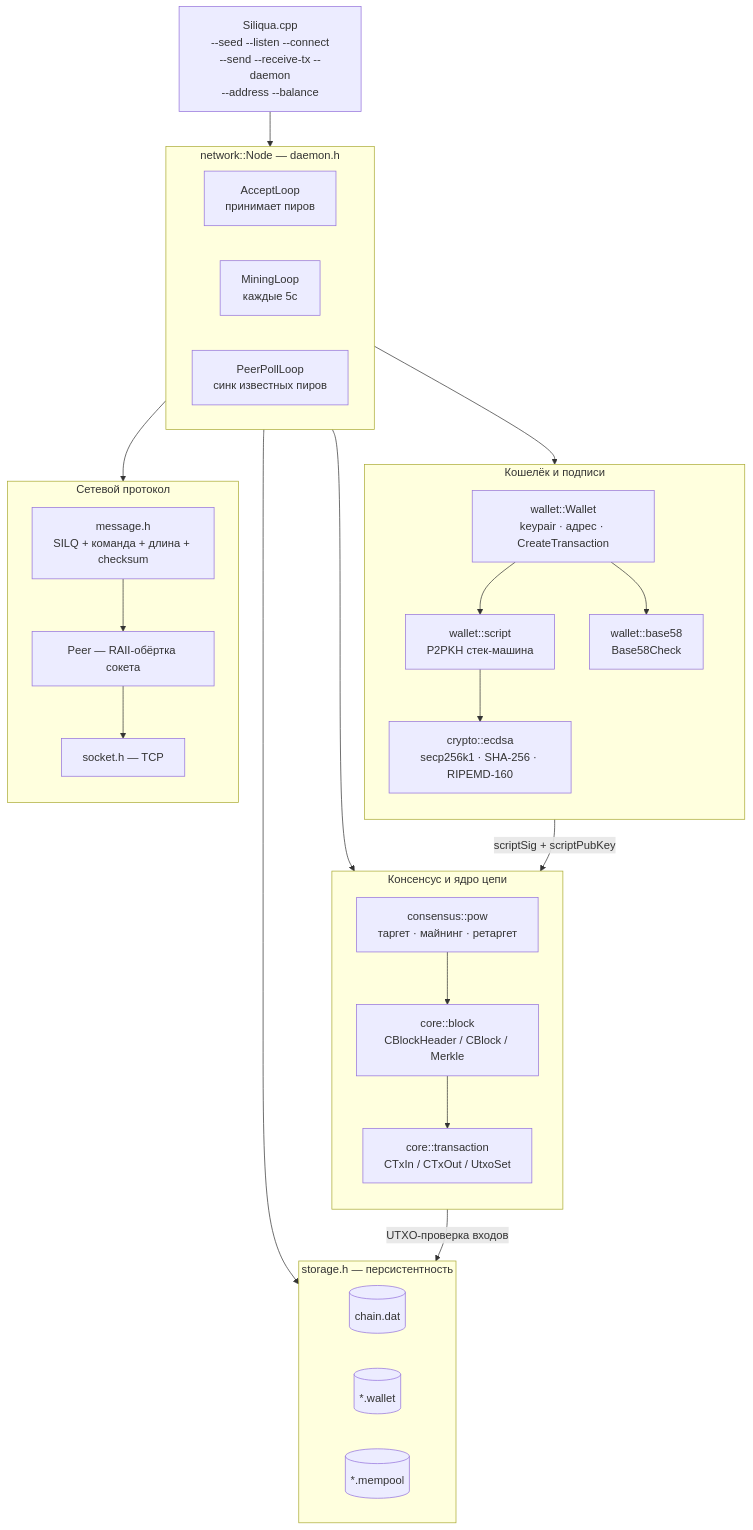
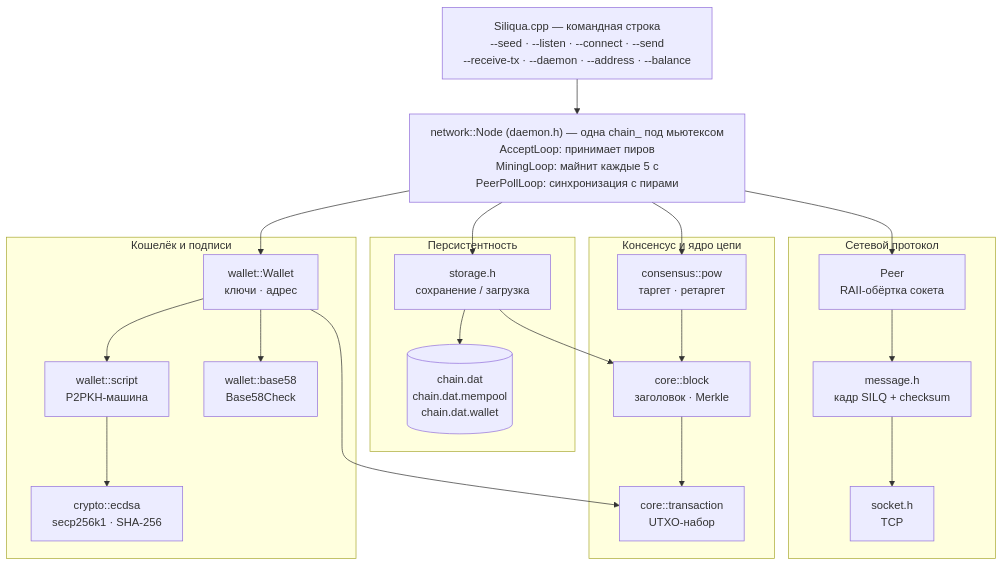
One commit to crypt0xCode/Siliqua changed the first of 2 diagrams in Siliqua/docs/ARCHITECTURE.ru.md. Above: the diagram before and after it, drawn with Mermaid. The commit also changed other lines of this file and 9 other files, not shown here.

First line of the commit message:
Added new blockchain features and edit schemes and diagrams, fixed .gitignore file.

````diff
--- a/Siliqua/docs/ARCHITECTURE.ru.md
+++ b/Siliqua/docs/ARCHITECTURE.ru.md
@@ -129,50 +133,43 @@
 ```mermaid
+%%{init: {"flowchart": {"wrappingWidth": 460}}}%%
 flowchart TB
-  CLI["Siliqua.cpp<br/>--seed --listen --connect<br/>--send --receive-tx --daemon<br/>--address --balance"]
-  CLI --> NODE
+  CLI["Siliqua.cpp — командная строка<br/>--seed · --listen · --connect · --send<br/>--receive-tx · --daemon · --address · --balance"]
+  NODE["network::Node (daemon.h) — одна chain_ под мьютексом<br/>AcceptLoop: принимает пиров<br/>MiningLoop: майнит каждые 5 с<br/>PeerPollLoop: синхронизация с пирами"]
 
-  subgraph NODE["network::Node — daemon.h"]
-    direction LR
-    ACC["AcceptLoop<br/>принимает пиров"]
-    MINE["MiningLoop<br/>каждые 5с"]
-    POLL["PeerPollLoop<br/>синк известных пиров"]
+  subgraph NET["Сетевой протокол"]
+    PEER["Peer<br/>RAII-обёртка сокета"]
+    MSG["message.h<br/>кадр SILQ + checksum"]
+    SOCK["socket.h<br/>TCP"]
+    PEER --> MSG --> SOCK
   end
 
-  NODE --> CONS & WAL & NET & STORE
+  subgraph STORE["Персистентность"]
+    ST["storage.h<br/>сохранение / загрузка"]
+    FILES[("chain.dat<br/>chain.dat.mempool<br/>chain.dat.wallet")]
+    ST --> FILES
+  end
 
   subgraph CONS["Консенсус и ядро цепи"]
-    direction TB
-    POW["consensus::pow<br/>таргет · майнинг · ретаргет"]
-    BLK["core::block<br/>CBlockHeader / CBlock / Merkle"]
-    TX["core::transaction<br/>CTxIn / CTxOut / UtxoSet"]
+    POW["consensus::pow<br/>таргет · ретаргет"]
+    BLK["core::block<br/>заголовок · Merkle"]
+    TX["core::transaction<br/>UTXO-набор"]
     POW --> BLK --> TX
   end
 
   subgraph WAL["Кошелёк и подписи"]
-    direction TB
-    W["wallet::Wallet<br/>keypair · адрес · CreateTransaction"]
-    SCR["wallet::script<br/>P2PKH стек-машина"]
+    W["wallet::Wallet<br/>ключи · адрес"]
+    SCR["wallet::script<br/>P2PKH-машина"]
     B58["wallet::base58<br/>Base58Check"]
-    ECD["crypto::ecdsa<br/>secp256k1 · SHA-256 · RIPEMD-160"]
+    ECD["crypto::ecdsa<br/>secp256k1 · SHA-256"]
     W --> SCR --> ECD
     W --> B58
   end
 
-  subgraph NET["Сетевой протокол"]
-    direction TB
-    MSG["message.h<br/>SILQ + команда + длина + checksum"]
-    PEER["Peer — RAII-обёртка сокета"]
-    SOCK["socket.h — TCP"]
-    MSG --> PEER --> SOCK
-  end
-
-  subgraph STORE["storage.h — персистентность"]
-    direction LR
-    CH[("chain.dat")]
-    WF[("*.wallet")]
-    MP[("*.mempool")]
-  end
-
-  TX -->|UTXO-проверка входов| STORE
-  SCR -->|scriptSig + scriptPubKey| TX
+  CLI --> NODE
+  NODE --> PEER
+  NODE --> ST
+  NODE --> POW
+  NODE --> W
+  ST --> BLK
+  W --> TX
 ```
````
